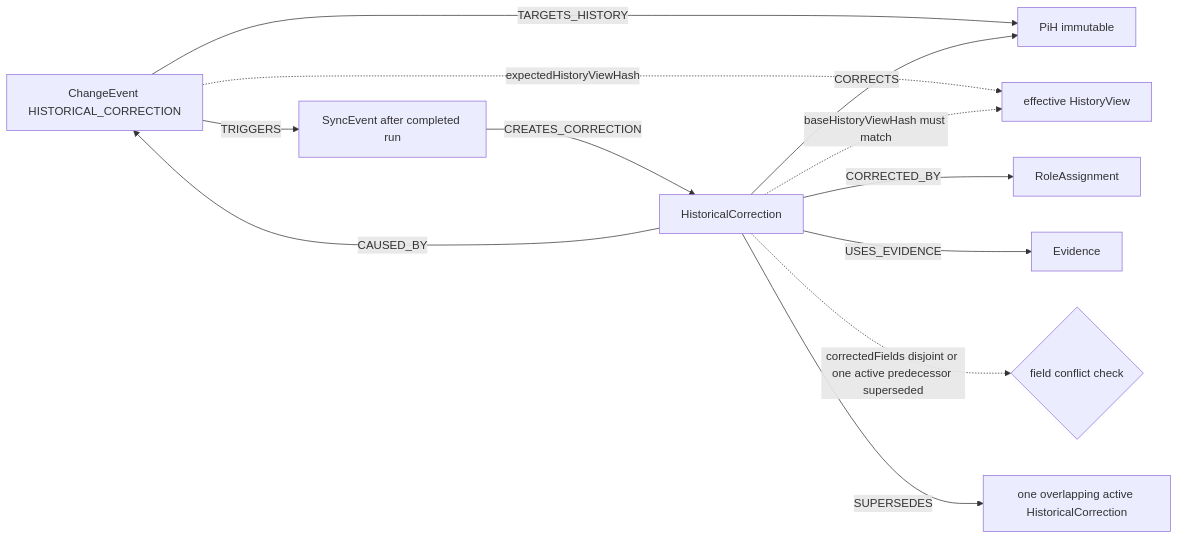
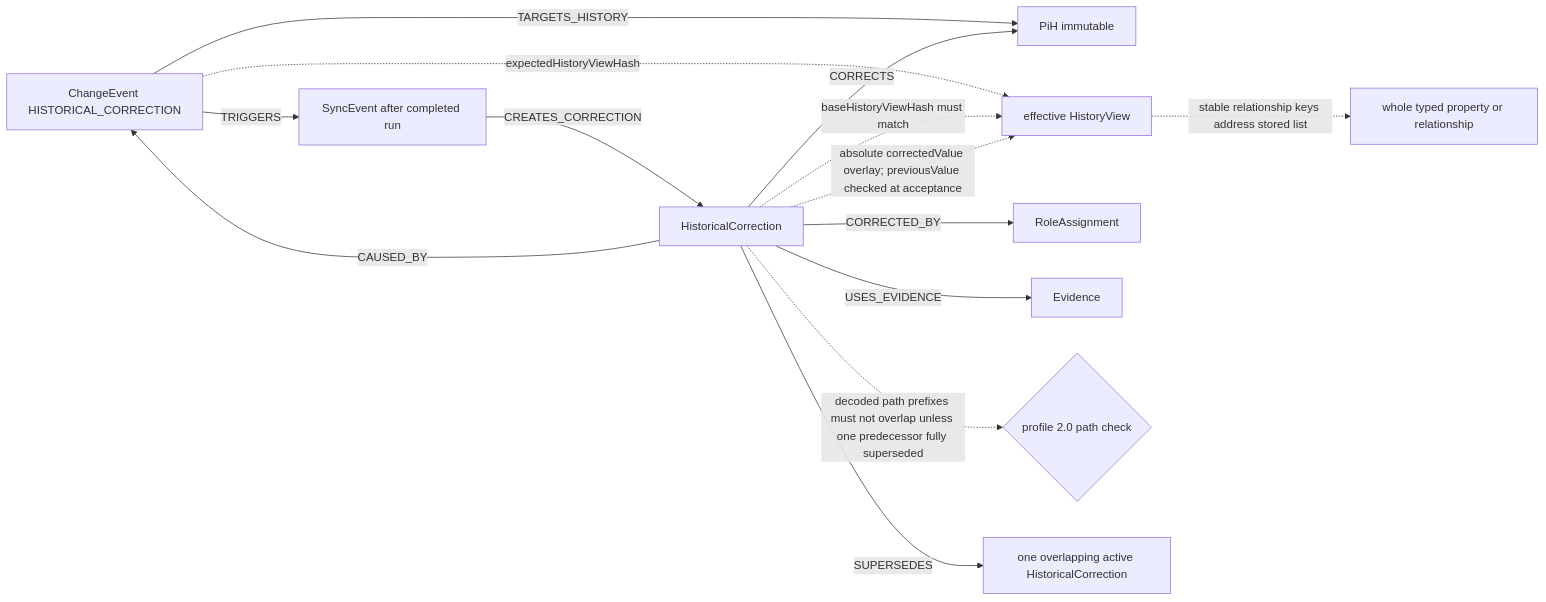
The diagram in docs/diagrams/sources/example-history-correction.mmd (eeimicke/junaco-jci-loop), drawn with Mermaid before and after one commit. The commit also changed 42 other files, not shown here.

```diff
--- a/docs/diagrams/sources/example-history-correction.mmd
+++ b/docs/diagrams/sources/example-history-correction.mmd
@@ -1,12 +1,14 @@
 flowchart LR
     ChangeEvent[ChangeEvent HISTORICAL_CORRECTION] -->|TARGETS_HISTORY| History[PiH immutable]
     ChangeEvent -. expectedHistoryViewHash .-> View[effective HistoryView]
     Correction[HistoricalCorrection] -->|CORRECTS| History
     Correction -->|CAUSED_BY| ChangeEvent
     Correction -->|CORRECTED_BY| Assignment[RoleAssignment]
     Correction -->|USES_EVIDENCE| Evidence
     SyncEvent -->|CREATES_CORRECTION| Correction
     ChangeEvent -->|TRIGGERS| SyncEvent[SyncEvent after completed run]
     Correction -. baseHistoryViewHash must match .-> View
-    Correction -. correctedFields disjoint or one active predecessor superseded .-> FieldCheck{field conflict check}
+    Correction -. decoded path prefixes must not overlap unless one predecessor fully superseded .-> FieldCheck{profile 2.0 path check}
+    View -. stable relationship keys address stored list .-> Address[whole typed property or relationship]
+    Correction -. "absolute correctedValue overlay; previousValue checked at acceptance" .-> View
     Correction -->|SUPERSEDES| Previous[one overlapping active HistoricalCorrection]
```
